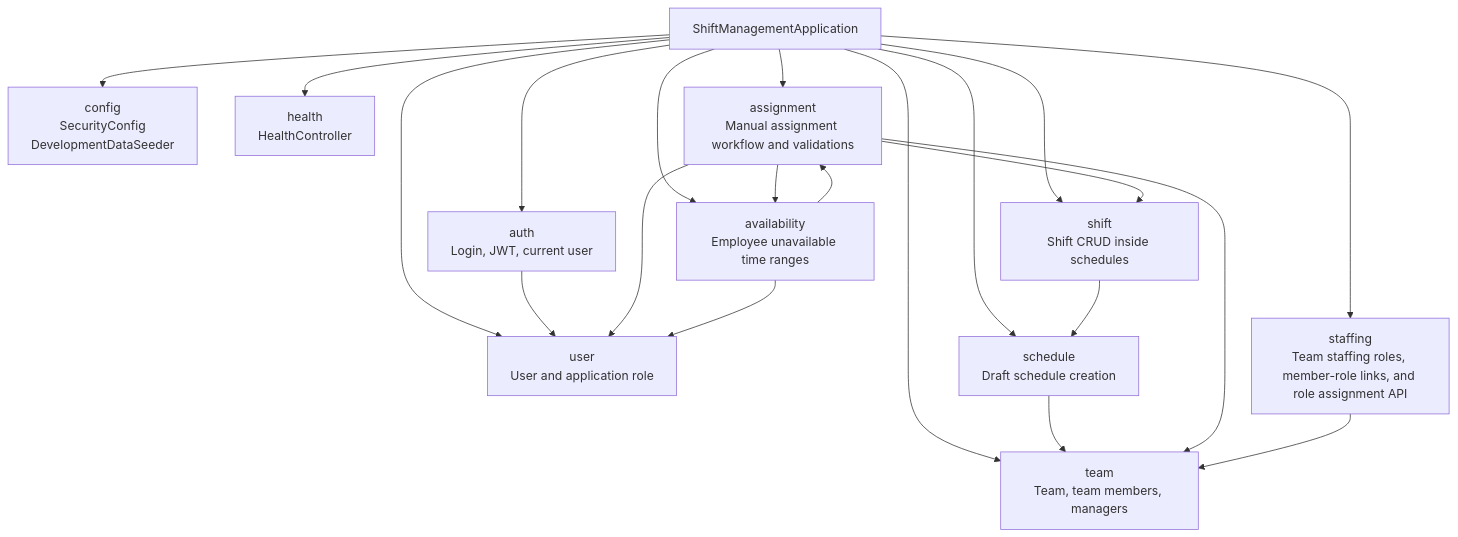
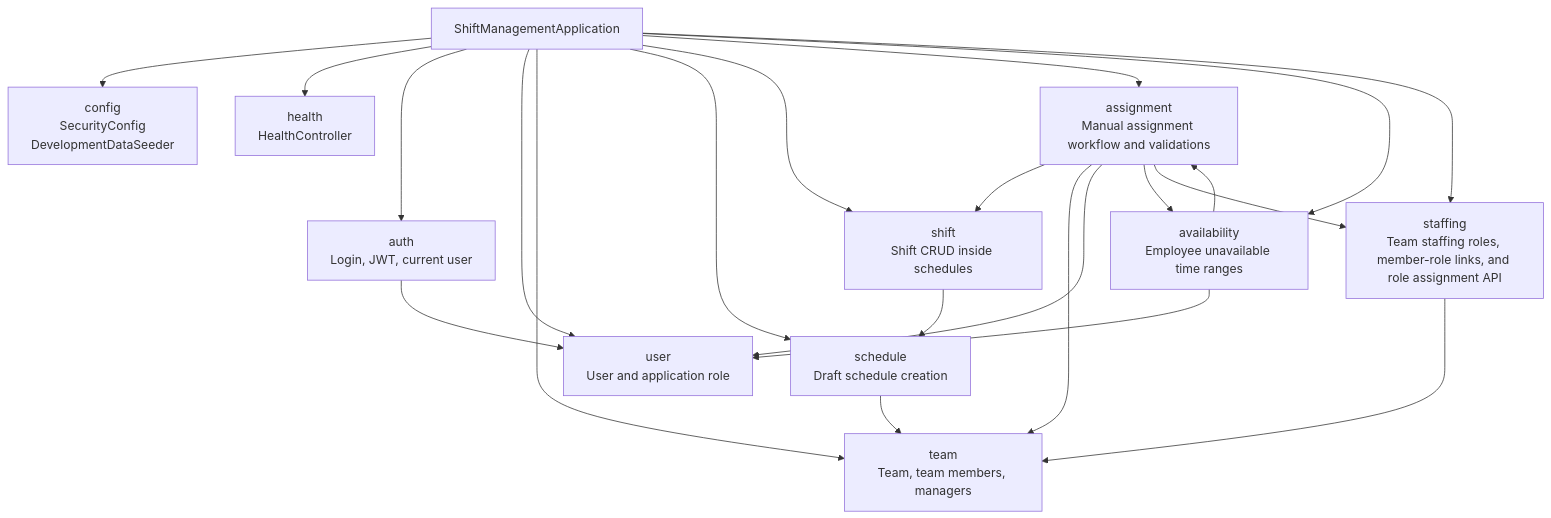
The second of 9 diagrams in docs/current-backend-architecture.md (HiliMor/shift-management-system), drawn with Mermaid before and after one commit. The commit also changed other lines of this file and 6 other files, not shown here.

Commit message:
Validate staffing roles during assignment

````diff
--- a/docs/current-backend-architecture.md
+++ b/docs/current-backend-architecture.md
@@ -30,37 +30,38 @@
 ```mermaid
 flowchart TD
     app["ShiftManagementApplication"]
 
     config["config<br/>SecurityConfig<br/>DevelopmentDataSeeder"]
     health["health<br/>HealthController"]
     auth["auth<br/>Login, JWT, current user"]
     user["user<br/>User and application role"]
     team["team<br/>Team, team members, managers"]
     schedule["schedule<br/>Draft schedule creation"]
     shift["shift<br/>Shift CRUD inside schedules"]
     assignment["assignment<br/>Manual assignment workflow and validations"]
     availability["availability<br/>Employee unavailable time ranges"]
     staffing["staffing<br/>Team staffing roles, member-role links, and role assignment API"]
 
     app --> config
     app --> health
     app --> auth
     app --> user
     app --> team
     app --> schedule
     app --> shift
     app --> assignment
     app --> availability
     app --> staffing
 
     auth --> user
     schedule --> team
     shift --> schedule
     assignment --> shift
     assignment --> team
     assignment --> user
     assignment --> availability
+    assignment --> staffing
     availability --> user
     availability --> assignment
     staffing --> team
 ```
````
